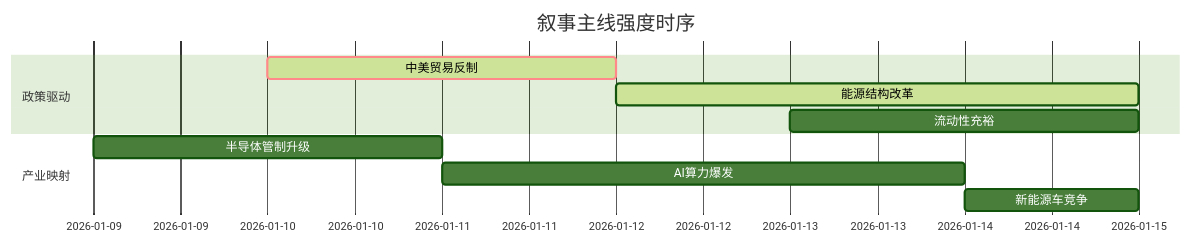
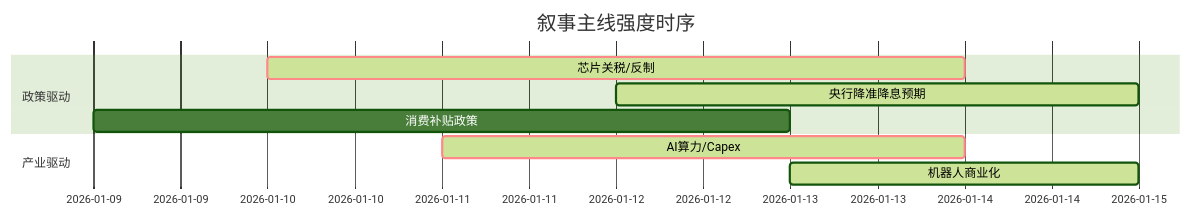
One commit to uu5zn/uu5zn.github.io changed the diagram in 5day_report.md. Above: the diagram before and after it, drawn with Mermaid (forest theme). The commit also changed other lines of this file and 20 other files, not shown here.

````diff
--- a/5day_report.md
+++ b/5day_report.md
@@ -51,14 +64,13 @@
 ```mermaid
 gantt
     title 叙事主线强度时序
     dateFormat  YYYY-MM-DD
     section 政策驱动
-    中美贸易反制   :crit, active, 2026-01-10, 2d
-    能源结构改革   :active, 2026-01-12, 3d
-    流动性充裕     :2026-01-13, 2d
+    芯片关税/反制   :crit, active, 2026-01-10, 4d
+    央行降准降息预期 :active, 2026-01-12, 3d
+    消费补贴政策   :2026-01-09, 4d
     
-    section 产业映射
-    半导体管制升级 :2026-01-09, 2d
-    AI算力爆发     :2026-01-11, 3d
-    新能源车竞争   :2026-01-14, 1d
+    section 产业驱动
+    AI算力/Capex   :crit, active, 2026-01-11, 3d
+    机器人商业化   :active, 2026-01-13, 2d
 ```
````
